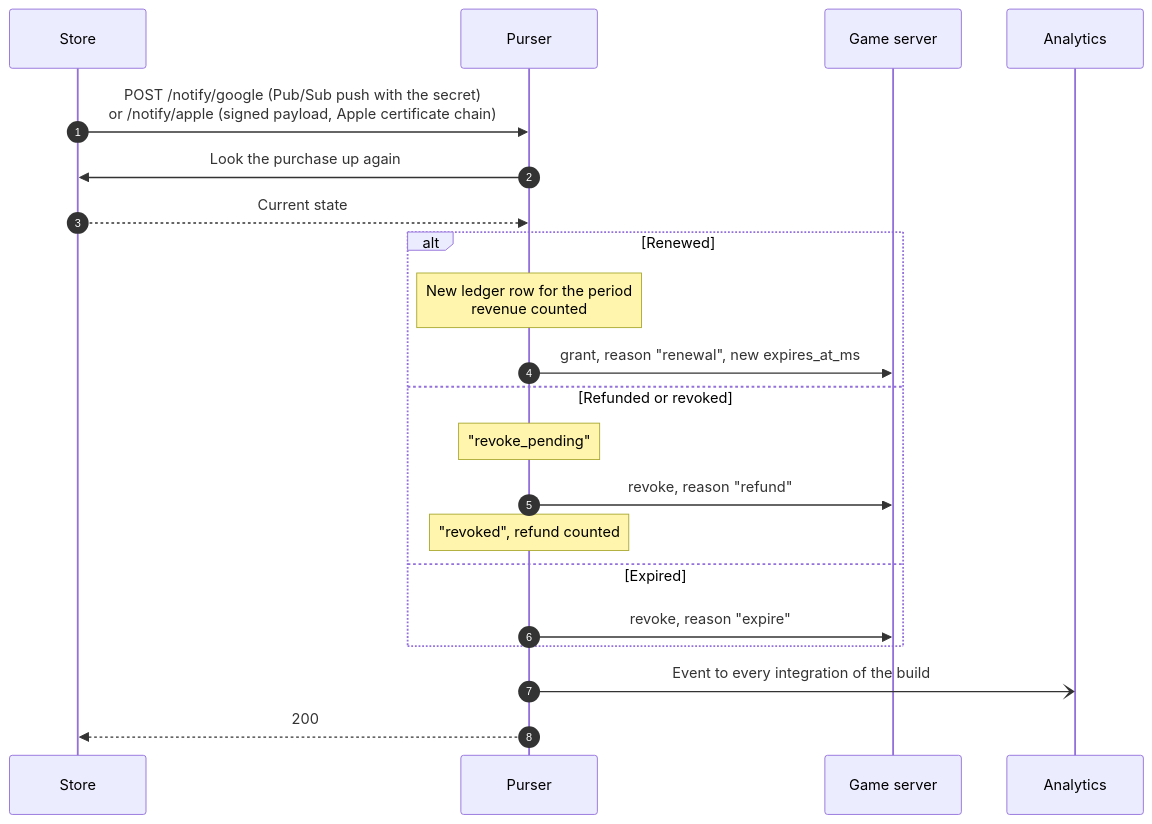
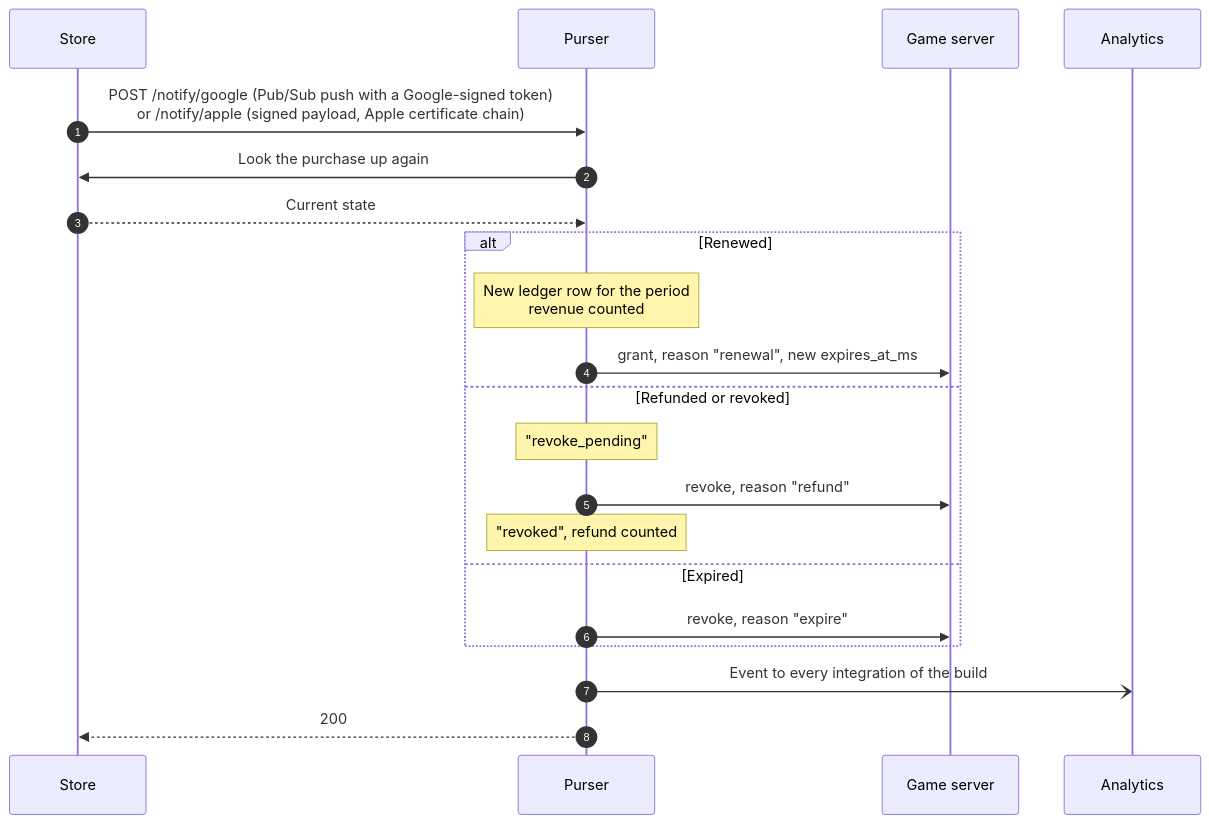
One commit to yevhenii-sir/purser changed the fourth of 11 diagrams in docs/flows.md. Above: the diagram before and after it, drawn with Mermaid. The commit also changed 40 other files, not shown here.

First line of the commit message:
Google Play notifications authenticated by Pub/Sub's push token instead of a secret in the URL

````diff
--- a/docs/flows.md
+++ b/docs/flows.md
@@ -119,24 +119,24 @@
 ```mermaid
 sequenceDiagram
     autonumber
     participant S as Store
     participant P as Purser
     participant G as Game server
     participant I as Analytics
 
-    S->>P: POST /notify/google (Pub/Sub push with the secret)<br/>or /notify/apple (signed payload, Apple certificate chain)
+    S->>P: POST /notify/google (Pub/Sub push with a Google-signed token)<br/>or /notify/apple (signed payload, Apple certificate chain)
     P->>S: Look the purchase up again
     S-->>P: Current state
     alt Renewed
         Note over P: New ledger row for the period<br/>revenue counted
         P->>G: grant, reason "renewal", new expires_at_ms
     else Refunded or revoked
         Note over P: "revoke_pending"
         P->>G: revoke, reason "refund"
         Note over P: "revoked", refund counted
     else Expired
         P->>G: revoke, reason "expire"
     end
     P-)I: Event to every integration of the build
     P-->>S: 200
 ```
````
